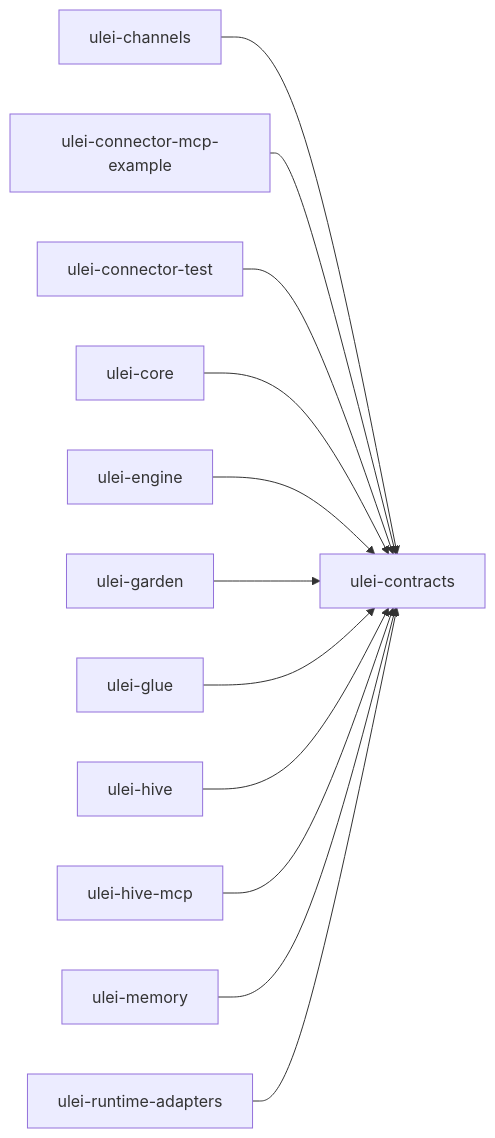
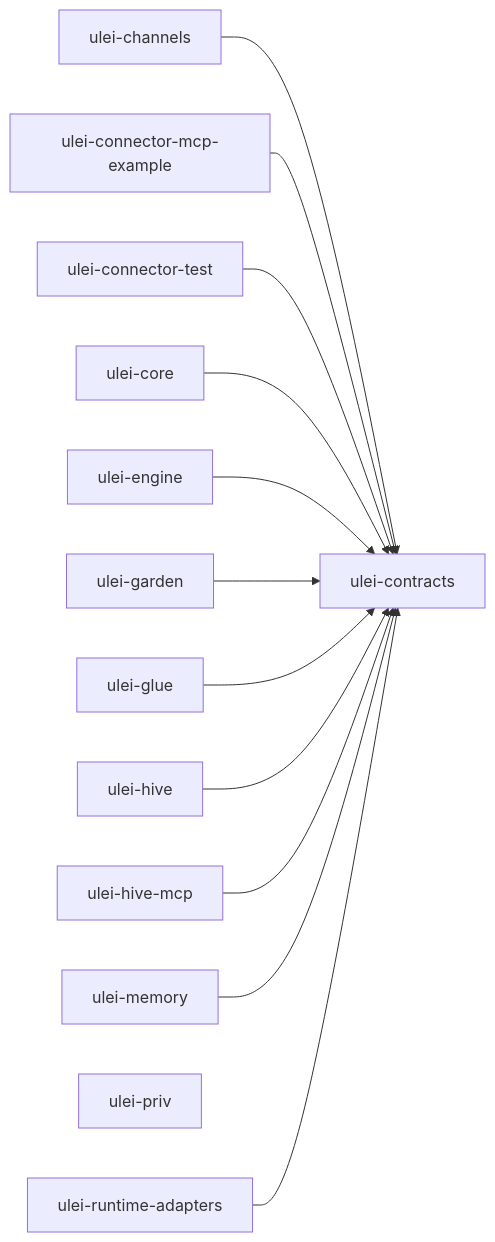
The diagram in docs/architecture/module-map.md (pasekahq/ulei), drawn with Mermaid before and after one commit. The commit also changed other lines of this file and 26 other files, not shown here.

````diff
--- a/docs/architecture/module-map.md
+++ b/docs/architecture/module-map.md
@@ -26,26 +27,27 @@
 ```mermaid
 graph LR
   ulei_channels["ulei-channels"]
   ulei_connector_mcp_example["ulei-connector-mcp-example"]
   ulei_connector_test["ulei-connector-test"]
   ulei_contracts["ulei-contracts"]
   ulei_core["ulei-core"]
   ulei_engine["ulei-engine"]
   ulei_garden["ulei-garden"]
   ulei_glue["ulei-glue"]
   ulei_hive["ulei-hive"]
   ulei_hive_mcp["ulei-hive-mcp"]
   ulei_memory["ulei-memory"]
+  ulei_priv["ulei-priv"]
   ulei_runtime_adapters["ulei-runtime-adapters"]
   ulei_channels --> ulei_contracts
   ulei_connector_mcp_example --> ulei_contracts
   ulei_connector_test --> ulei_contracts
   ulei_core --> ulei_contracts
   ulei_engine --> ulei_contracts
   ulei_garden --> ulei_contracts
   ulei_glue --> ulei_contracts
   ulei_hive --> ulei_contracts
   ulei_hive_mcp --> ulei_contracts
   ulei_memory --> ulei_contracts
   ulei_runtime_adapters --> ulei_contracts
 ```
````
